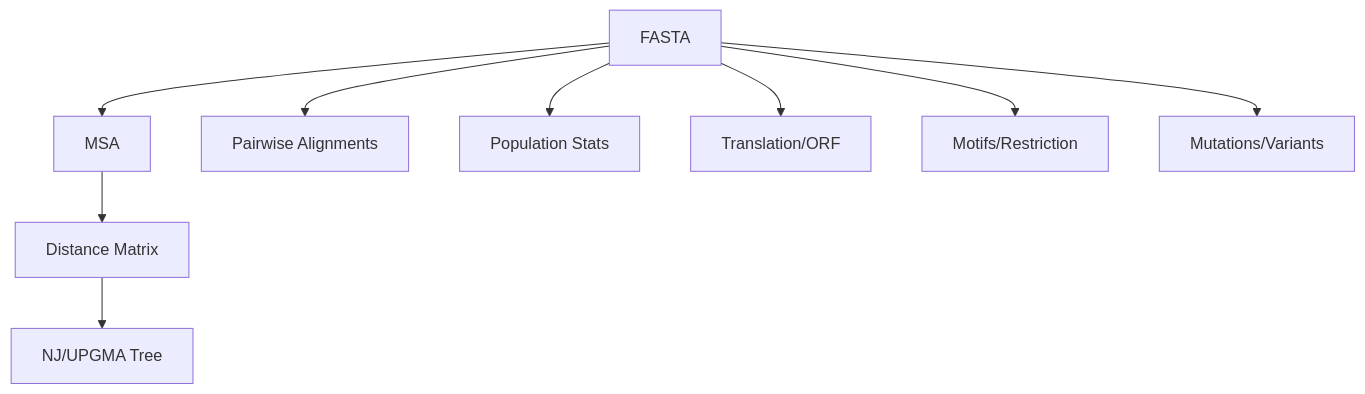
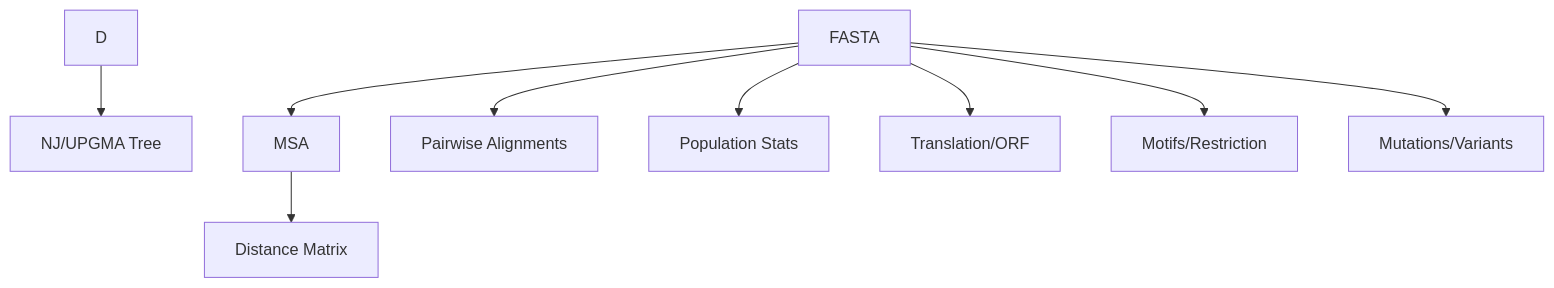
One commit to docxology/MetaInformAnt changed the diagram in docs/dna/index.md. Above: the diagram before and after it, drawn with Mermaid. The commit also changed 611 other files, not shown here.

````diff
--- a/docs/dna/index.md
+++ b/docs/dna/index.md
@@ -23,11 +23,11 @@
 ```mermaid
 flowchart TD
   A[FASTA] --> B[MSA]
-  A --> C[Pairwise Alignments]
-  B --> D[Distance Matrix]
-  D --> E[NJ/UPGMA Tree]
-  A --> F[Population Stats]
+  A --> CpairwiseAlignments[Pairwise Alignments]
+  B --> DdistanceMatrix[Distance Matrix]
+  D --> Enj/upgmaTree[NJ/UPGMA Tree]
+  A --> FpopulationStats[Population Stats]
   A --> G[Translation/ORF]
   A --> H[Motifs/Restriction]
   A --> I[Mutations/Variants]
 ```
````
